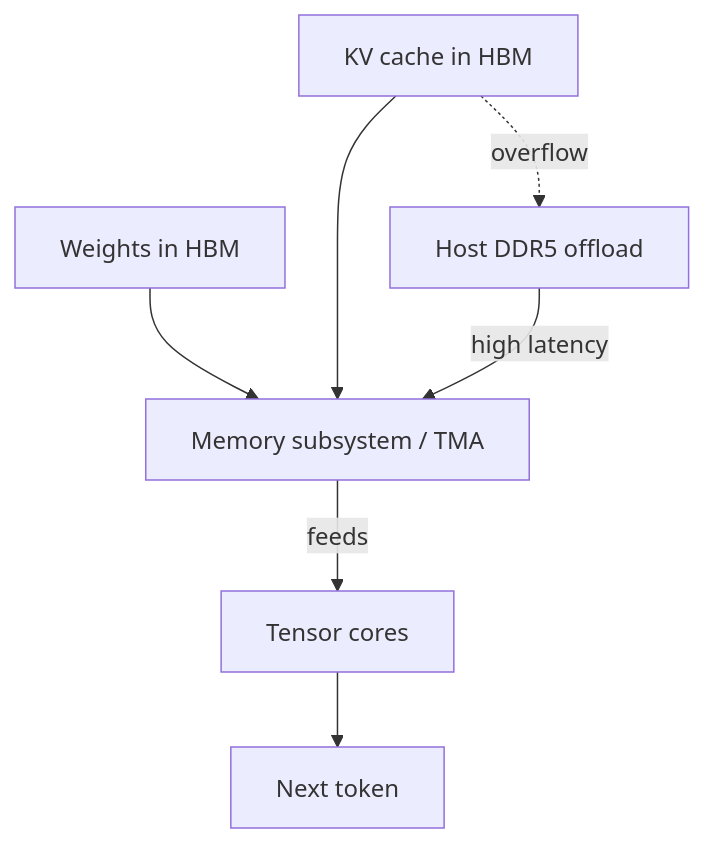
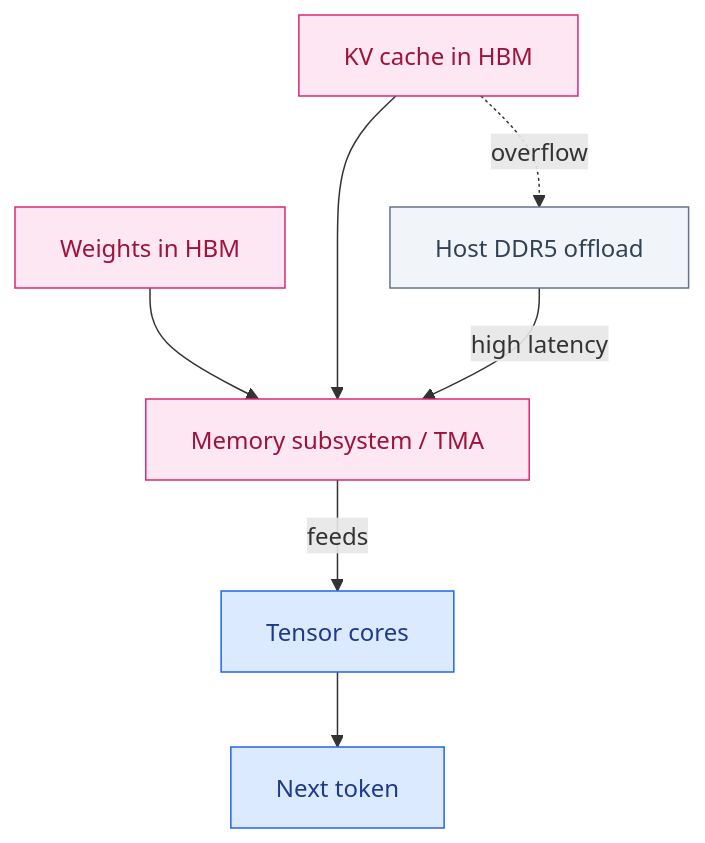
Before and after one commit to amarkum/stackcone: the first of 2 diagrams in blog/md/nvidia-ai-memory-wall.md, drawn with Mermaid. The commit also changed other lines of this file and 7 other files, not shown here.

````diff
--- a/blog/md/nvidia-ai-memory-wall.md
+++ b/blog/md/nvidia-ai-memory-wall.md
@@ -29,9 +31,20 @@
 ```mermaid
 flowchart TB
-  W["Weights in HBM"] --> TMA["Memory subsystem / TMA"]
-  KV["KV cache in HBM"] --> TMA
-  TMA -->|"feeds"| TC["Tensor cores"]
-  TC --> TOK["Next token"]
-  KV -.->|"overflow"| OFF["Host DDR5 offload"]
+  classDef mem fill:#fce7f3,stroke:#db2777,color:#9f1239
+  classDef compute fill:#dbeafe,stroke:#2563eb,color:#1e3a8a
+  classDef host fill:#f1f5f9,stroke:#64748b,color:#334155
+
+  W["Weights in HBM"]:::mem
+  KV["KV cache in HBM"]:::mem
+  TMA["Memory subsystem / TMA"]:::mem
+  TC["Tensor cores"]:::compute
+  TOK["Next token"]:::compute
+  OFF["Host DDR5 offload"]:::host
+
+  W --> TMA
+  KV --> TMA
+  TMA -->|"feeds"| TC
+  TC --> TOK
+  KV -.->|"overflow"| OFF
   OFF -->|"high latency"| TMA
 ```
````
